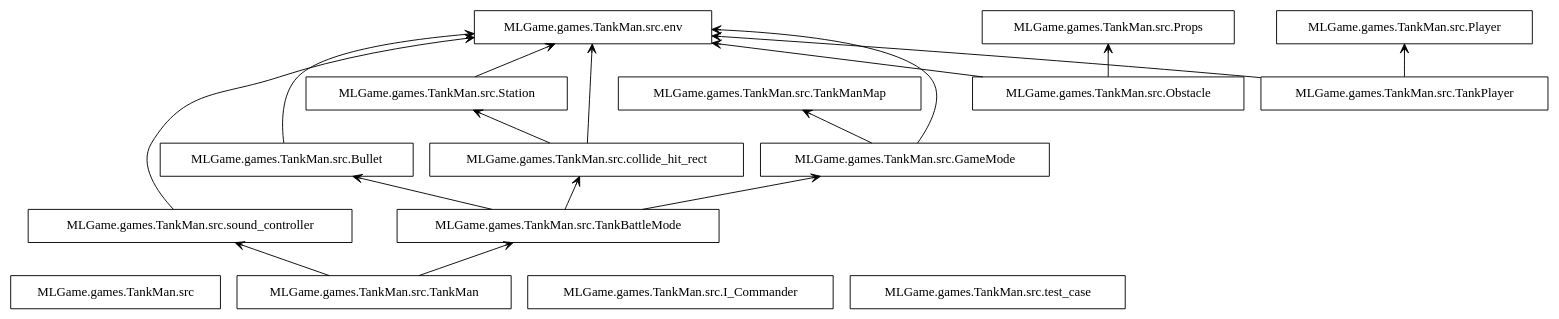
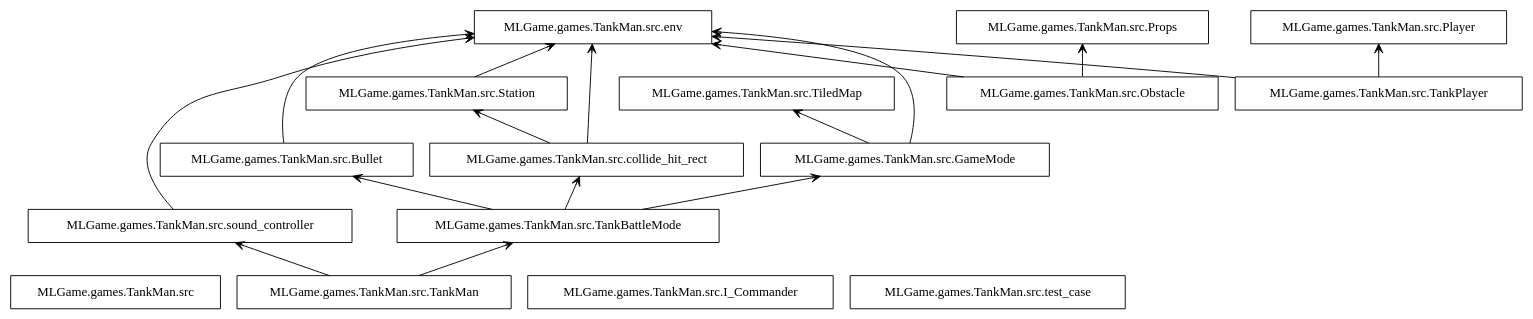
The diagram in packages.dot (Jesse-Jumbo/TankMan), drawn with Graphviz before and after one commit. The commit also changed 16 other files, not shown here.

```diff
--- a/packages.dot
+++ b/packages.dot
@@ -1,36 +1,36 @@
 digraph "packages" {
 rankdir=BT
 charset="utf-8"
 "MLGame.games.TankMan.src" [color="black", label="MLGame.games.TankMan.src", shape="box", style="solid"];
 "MLGame.games.TankMan.src.TankBattleMode" [color="black", label="MLGame.games.TankMan.src.TankBattleMode", shape="box", style="solid"];
 "MLGame.games.TankMan.src.Bullet" [color="black", label="MLGame.games.TankMan.src.Bullet", shape="box", style="solid"];
 "MLGame.games.TankMan.src.GameMode" [color="black", label="MLGame.games.TankMan.src.GameMode", shape="box", style="solid"];
 "MLGame.games.TankMan.src.I_Commander" [color="black", label="MLGame.games.TankMan.src.I_Commander", shape="box", style="solid"];
 "MLGame.games.TankMan.src.Obstacle" [color="black", label="MLGame.games.TankMan.src.Obstacle", shape="box", style="solid"];
 "MLGame.games.TankMan.src.Player" [color="black", label="MLGame.games.TankMan.src.Player", shape="box", style="solid"];
 "MLGame.games.TankMan.src.Props" [color="black", label="MLGame.games.TankMan.src.Props", shape="box", style="solid"];
 "MLGame.games.TankMan.src.Station" [color="black", label="MLGame.games.TankMan.src.Station", shape="box", style="solid"];
 "MLGame.games.TankMan.src.TankMan" [color="black", label="MLGame.games.TankMan.src.TankMan", shape="box", style="solid"];
-"MLGame.games.TankMan.src.TankManMap" [color="black", label="MLGame.games.TankMan.src.TankManMap", shape="box", style="solid"];
+"MLGame.games.TankMan.src.TiledMap" [color="black", label="MLGame.games.TankMan.src.TiledMap", shape="box", style="solid"];
 "MLGame.games.TankMan.src.TankPlayer" [color="black", label="MLGame.games.TankMan.src.TankPlayer", shape="box", style="solid"];
 "MLGame.games.TankMan.src.collide_hit_rect" [color="black", label="MLGame.games.TankMan.src.collide_hit_rect", shape="box", style="solid"];
 "MLGame.games.TankMan.src.env" [color="black", label="MLGame.games.TankMan.src.env", shape="box", style="solid"];
 "MLGame.games.TankMan.src.sound_controller" [color="black", label="MLGame.games.TankMan.src.sound_controller", shape="box", style="solid"];
 "MLGame.games.TankMan.src.test_case" [color="black", label="MLGame.games.TankMan.src.test_case", shape="box", style="solid"];
 "MLGame.games.TankMan.src.TankBattleMode" -> "MLGame.games.TankMan.src.Bullet" [arrowhead="open", arrowtail="none"];
 "MLGame.games.TankMan.src.TankBattleMode" -> "MLGame.games.TankMan.src.GameMode" [arrowhead="open", arrowtail="none"];
 "MLGame.games.TankMan.src.TankBattleMode" -> "MLGame.games.TankMan.src.collide_hit_rect" [arrowhead="open", arrowtail="none"];
 "MLGame.games.TankMan.src.Bullet" -> "MLGame.games.TankMan.src.env" [arrowhead="open", arrowtail="none"];
-"MLGame.games.TankMan.src.GameMode" -> "MLGame.games.TankMan.src.TankManMap" [arrowhead="open", arrowtail="none"];
+"MLGame.games.TankMan.src.GameMode" -> "MLGame.games.TankMan.src.TiledMap" [arrowhead="open", arrowtail="none"];
 "MLGame.games.TankMan.src.GameMode" -> "MLGame.games.TankMan.src.env" [arrowhead="open", arrowtail="none"];
 "MLGame.games.TankMan.src.Obstacle" -> "MLGame.games.TankMan.src.Props" [arrowhead="open", arrowtail="none"];
 "MLGame.games.TankMan.src.Obstacle" -> "MLGame.games.TankMan.src.env" [arrowhead="open", arrowtail="none"];
 "MLGame.games.TankMan.src.Station" -> "MLGame.games.TankMan.src.env" [arrowhead="open", arrowtail="none"];
 "MLGame.games.TankMan.src.TankMan" -> "MLGame.games.TankMan.src.TankBattleMode" [arrowhead="open", arrowtail="none"];
 "MLGame.games.TankMan.src.TankMan" -> "MLGame.games.TankMan.src.sound_controller" [arrowhead="open", arrowtail="none"];
 "MLGame.games.TankMan.src.TankPlayer" -> "MLGame.games.TankMan.src.Player" [arrowhead="open", arrowtail="none"];
 "MLGame.games.TankMan.src.TankPlayer" -> "MLGame.games.TankMan.src.env" [arrowhead="open", arrowtail="none"];
 "MLGame.games.TankMan.src.collide_hit_rect" -> "MLGame.games.TankMan.src.Station" [arrowhead="open", arrowtail="none"];
 "MLGame.games.TankMan.src.collide_hit_rect" -> "MLGame.games.TankMan.src.env" [arrowhead="open", arrowtail="none"];
 "MLGame.games.TankMan.src.sound_controller" -> "MLGame.games.TankMan.src.env" [arrowhead="open", arrowtail="none"];
 }
```
